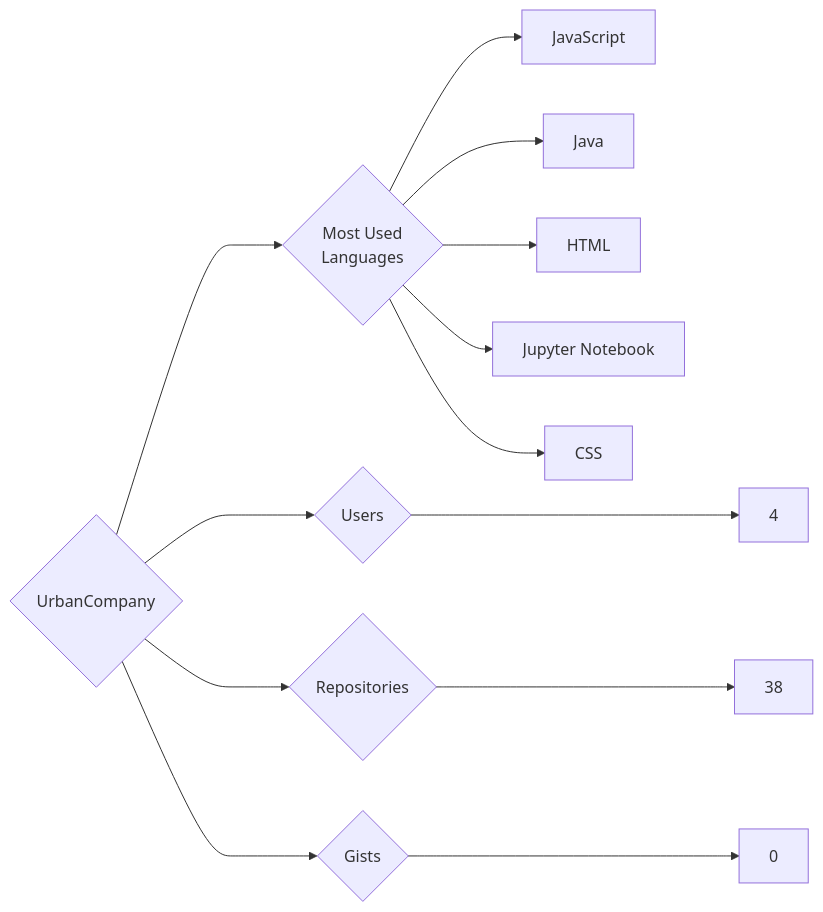
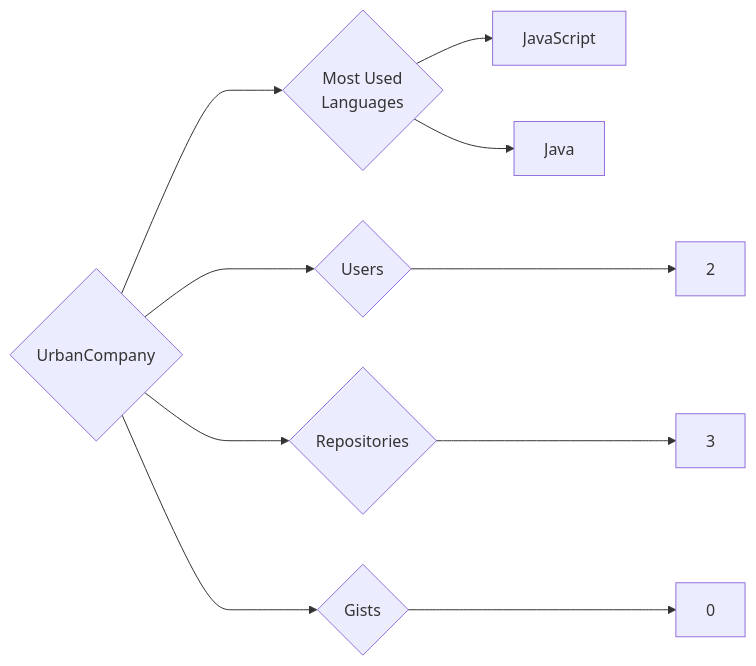
The diagram in targets/UrbanCompany/README.md (trickest/insiders), drawn with Mermaid before and after one commit. The commit also changed 928 other files, not shown here.

````diff
--- a/targets/UrbanCompany/README.md
+++ b/targets/UrbanCompany/README.md
@@ -3,13 +3,10 @@
 ```mermaid
 graph LR
 COMPANY_NAME{UrbanCompany}
-COMPANY_NAME ---> U{Users} ---> UN[4]
-COMPANY_NAME ---> R{Repositories} ---> RN[38]
+COMPANY_NAME ---> U{Users} ---> UN[2]
+COMPANY_NAME ---> R{Repositories} ---> RN[3]
 COMPANY_NAME ---> G{Gists} ---> GN[0]
 COMPANY_NAME ---> ML{Most Used<br>Languages}
 ML --> JavaScript[JavaScript]
 ML --> Java[Java]
-ML --> HTML[HTML]
-ML --> Jupyter_Notebook[Jupyter Notebook]
-ML --> CSS[CSS]
 ```
````
